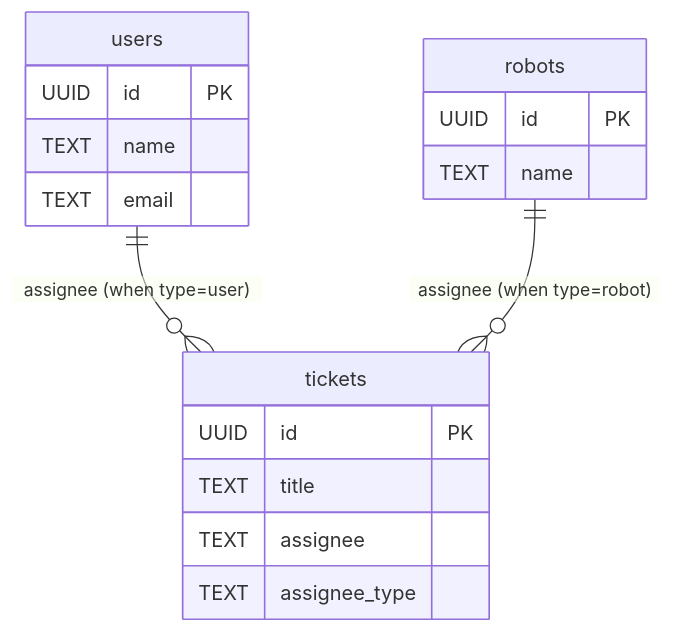
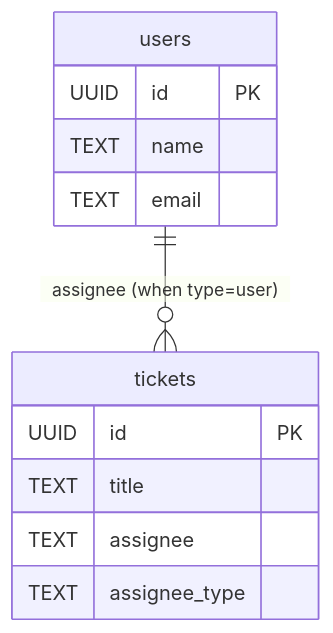
Before and after one commit to dragoneena12/zenn-content: the diagram in articles/2025-08-07-postgresql-performance.md, drawn with Mermaid. The commit also changed other lines of this file and 1 other file, not shown here.

````diff
--- a/articles/2025-08-07-postgresql-performance.md
+++ b/articles/2025-08-07-postgresql-performance.md
@@ -30,23 +30,17 @@
 ```mermaid
 erDiagram
     users {
         UUID id PK
         TEXT name
         TEXT email
-    }
-    
-    robots {
-        UUID id PK
-        TEXT name
     }
     
     tickets {
         UUID id PK
         TEXT title
         TEXT assignee
         TEXT assignee_type
     }
     
     users ||--o{ tickets : "assignee (when type=user)"
-    robots ||--o{ tickets : "assignee (when type=robot)"
 ```
````
